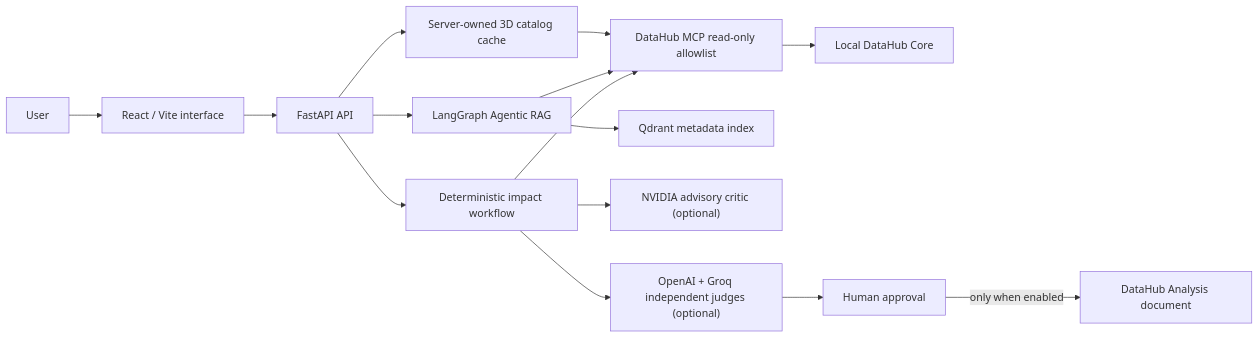
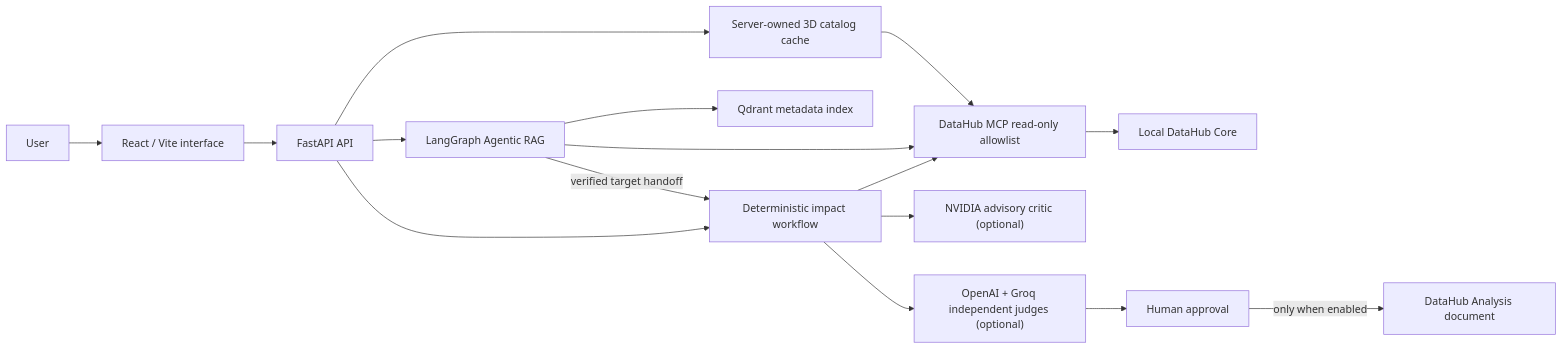
The first of 3 diagrams in README.md (omarfh111/LineageGuard-AI), drawn with Mermaid before and after one commit. The commit also changed other lines of this file and 24 other files, not shown here.

Commit message:
feat: harden verified analysis flow

````diff
--- a/README.md
+++ b/README.md
@@ -27,20 +33,21 @@
 ```mermaid
 flowchart LR
     User["User"] --> UI["React / Vite interface"]
     UI --> API["FastAPI API"]
 
     API --> Cache["Server-owned 3D catalog cache"]
     Cache --> MCP["DataHub MCP read-only allowlist"]
     MCP --> DH["Local DataHub Core"]
 
     API --> RAG["LangGraph Agentic RAG"]
     RAG --> QD["Qdrant metadata index"]
     RAG --> MCP
+    RAG -->|"verified target handoff"| Impact
 
     API --> Impact["Deterministic impact workflow"]
     Impact --> MCP
     Impact --> Nvidia["NVIDIA advisory critic (optional)"]
     Impact --> Judges["OpenAI + Groq independent judges (optional)"]
     Judges --> HITL["Human approval"]
     HITL -->|"only when enabled"| Document["DataHub Analysis document"]
 ```
````
